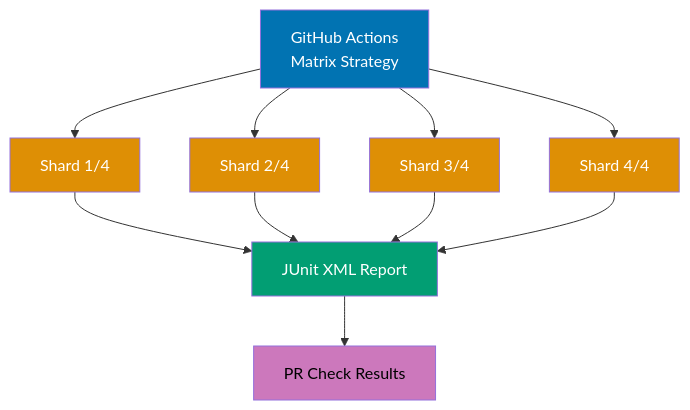
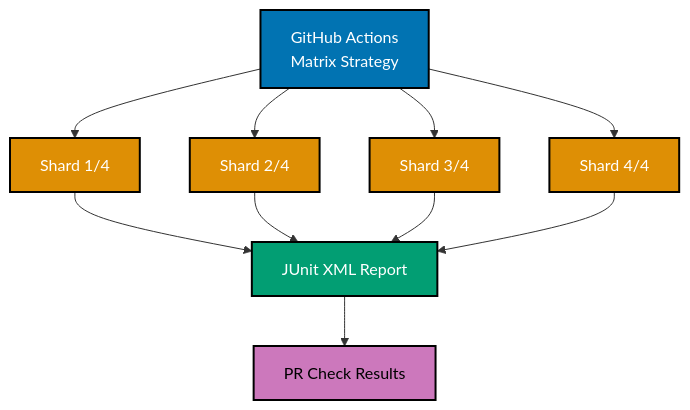
Before and after one commit to wahidyankf/open-sharia-enterprise: the fifth of 9 diagrams in apps/ayokoding-web/content/en/learn/software-engineering/automation-testing/tools/vitest/by-example/advanced.md, drawn with Mermaid. The commit also changed other lines of this file and 13 other files, not shown here.

````diff
--- a/apps/ayokoding-web/content/en/learn/software-engineering/automation-testing/tools/vitest/by-example/advanced.md
+++ b/apps/ayokoding-web/content/en/learn/software-engineering/automation-testing/tools/vitest/by-example/advanced.md
@@ -1089,21 +1089,21 @@
 ```mermaid
 %% Color Palette: Blue #0173B2, Orange #DE8F05, Teal #029E73, Purple #CC78BC, Brown #CA9161
 graph TD
     A["GitHub Actions<br/>Matrix Strategy"] --> B["Shard 1/4"]
     A --> C["Shard 2/4"]
     A --> D["Shard 3/4"]
     A --> E["Shard 4/4"]
     B --> F["JUnit XML Report"]
     C --> F
     D --> F
     E --> F
     F --> G["PR Check Results"]
 
-    style A fill:#0173B2,color:#fff
-    style B fill:#DE8F05,color:#fff
-    style C fill:#DE8F05,color:#fff
-    style D fill:#DE8F05,color:#fff
-    style E fill:#DE8F05,color:#fff
-    style F fill:#029E73,color:#fff
-    style G fill:#CC78BC,color:#000
+    style A fill:#0173B2,stroke:#000000,stroke-width:2px,color:#fff
+    style B fill:#DE8F05,stroke:#000000,stroke-width:2px,color:#fff
+    style C fill:#DE8F05,stroke:#000000,stroke-width:2px,color:#fff
+    style D fill:#DE8F05,stroke:#000000,stroke-width:2px,color:#fff
+    style E fill:#DE8F05,stroke:#000000,stroke-width:2px,color:#fff
+    style F fill:#029E73,stroke:#000000,stroke-width:2px,color:#fff
+    style G fill:#CC78BC,stroke:#000000,stroke-width:2px,color:#000
 ```
````
